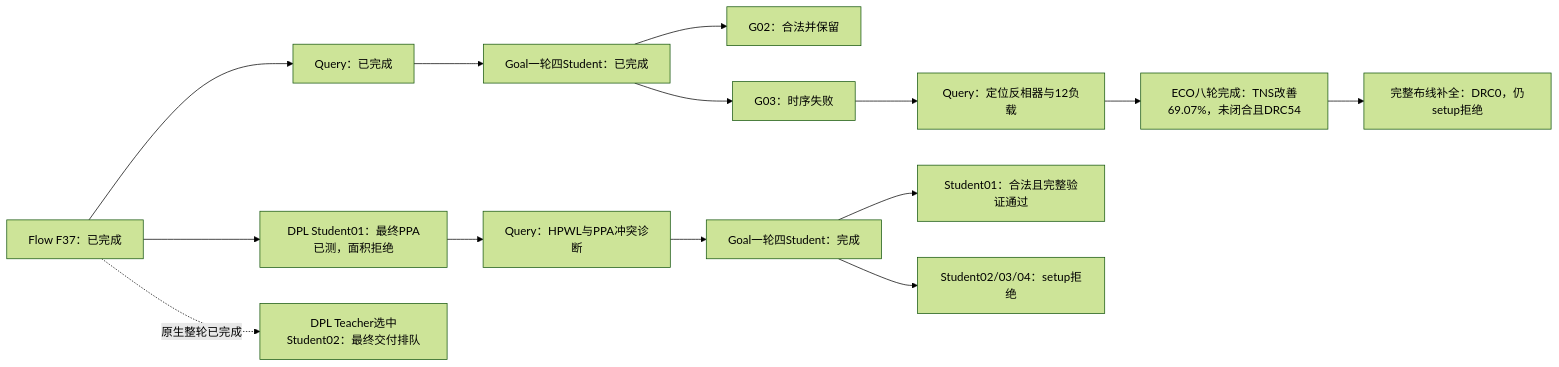
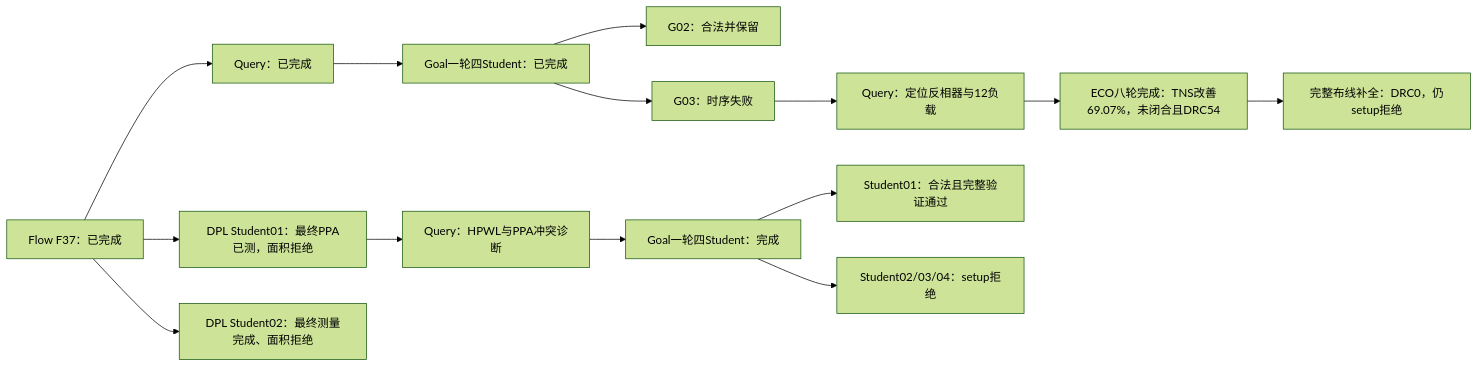
Before and after one commit to CODA-Team/ChipEvolve: the first of 2 diagrams in admin/INVITED_PAPER_RESULTS_20261020.md, drawn with Mermaid (forest theme). The commit also changed other lines of this file and 4 other files, not shown here.

````diff
--- a/admin/INVITED_PAPER_RESULTS_20261020.md
+++ b/admin/INVITED_PAPER_RESULTS_20261020.md
@@ -44,16 +46,16 @@
 ```mermaid
 flowchart LR
  F[Flow F37：已完成] --> Q[Query：已完成]
  Q --> G[Goal一轮四Student：已完成]
  G --> G2[G02：合法并保留]
  G --> G3[G03：时序失败]
  G3 --> QE[Query：定位反相器与12负载]
  QE --> E[ECO八轮完成：TNS改善69.07%，未闭合且DRC54]
  E --> R[完整布线补全：DRC0，仍setup拒绝]
  F --> D1[DPL Student01：最终PPA已测，面积拒绝]
- F -. 原生整轮已完成 .-> D[DPL Teacher选中Student02：最终交付排队]
+ F --> D[DPL Student02：最终测量完成、面积拒绝]
  D1 --> QD[Query：HPWL与PPA冲突诊断]
  QD --> GN[Goal一轮四Student：完成]
  GN --> DG1[Student01：合法且完整验证通过]
  GN --> DGX[Student02/03/04：setup拒绝]
 ```
````
